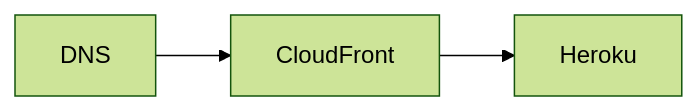
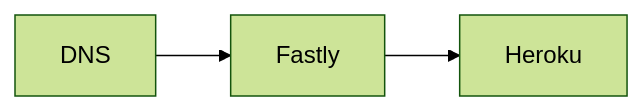
Before and after one commit to rust-lang/simpleinfra: the first of 3 diagrams in terragrunt/modules/crates-io/README.md, drawn with Mermaid (forest theme). The commit also changed other lines of this file and 4 other files, not shown here.

````diff
--- a/terragrunt/modules/crates-io/README.md
+++ b/terragrunt/modules/crates-io/README.md
@@ -15,5 +15,5 @@
 ```mermaid
 flowchart LR
-    DNS --> CloudFront
-    CloudFront --> Heroku
+    DNS --> Fastly
+    Fastly --> Heroku
 ```
````
